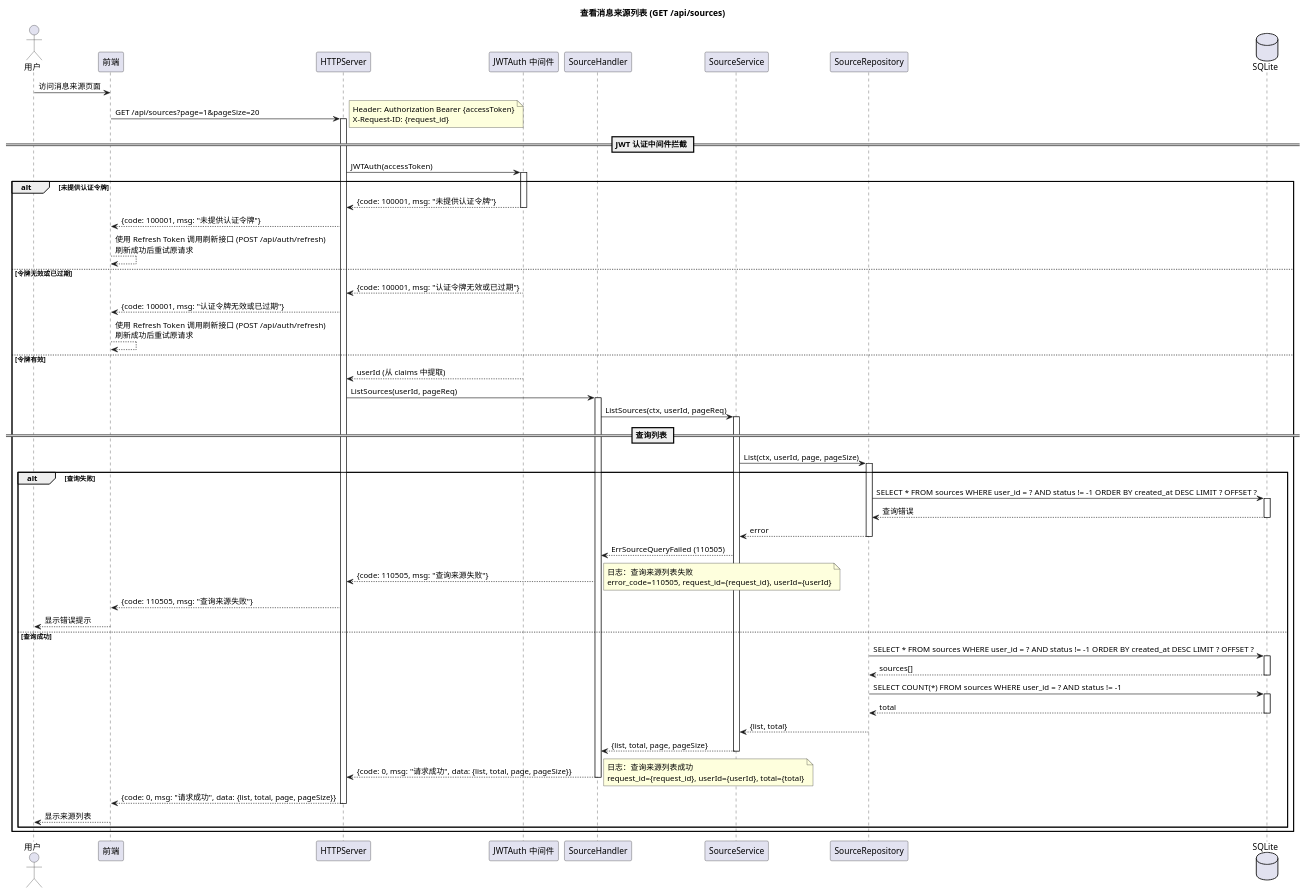
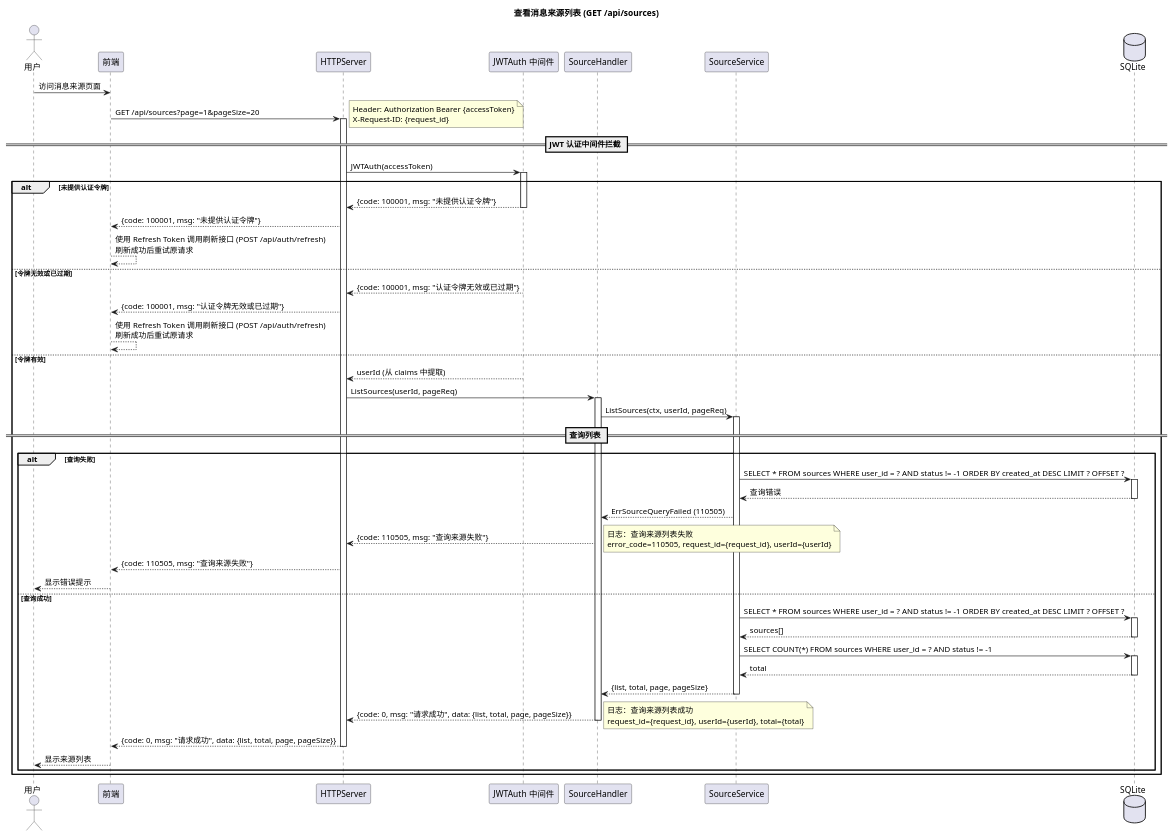
One commit to loommii/OctoTify changed the diagram in docs/uml/02-sequence/02-03-list-sources.puml. Above: the diagram before and after it, drawn with PlantUML. The commit also changed 8 other files, not shown here.

First line of the commit message:
📝 docs(uml): 完善来源管理模块时序图并添加密码二次验证流程

```diff
--- a/docs/uml/02-sequence/02-03-list-sources.puml
+++ b/docs/uml/02-sequence/02-03-list-sources.puml
@@ -1,84 +1,76 @@
 @startuml OctoTify_Sequence_ListSources
 
 skinparam sequenceStyle svg
 skinparam linetype ortho
 
 title 查看消息来源列表 (GET /api/sources)
 
 actor "用户" as User
 participant "前端" as Frontend
 participant "HTTPServer" as Server
 participant "JWTAuth 中间件" as JWT
 participant "SourceHandler" as Handler
 participant "SourceService" as Service
-participant "SourceRepository" as Repo
 database "SQLite" as DB
 
 User -> Frontend: 访问消息来源页面
 Frontend -> Server: GET /api/sources?page=1&pageSize=20
 note right: Header: Authorization Bearer {accessToken}\nX-Request-ID: {request_id}
 activate Server
 
 == JWT 认证中间件拦截 ==
 
 Server -> JWT: JWTAuth(accessToken)
 activate JWT
 
 alt 未提供认证令牌
     JWT --> Server: {code: 100001, msg: "未提供认证令牌"}
     deactivate JWT
     Server --> Frontend: {code: 100001, msg: "未提供认证令牌"}
     Frontend --> Frontend: 使用 Refresh Token 调用刷新接口 (POST /api/auth/refresh)\n刷新成功后重试原请求
 else 令牌无效或已过期
     JWT --> Server: {code: 100001, msg: "认证令牌无效或已过期"}
     deactivate JWT
     Server --> Frontend: {code: 100001, msg: "认证令牌无效或已过期"}
     Frontend --> Frontend: 使用 Refresh Token 调用刷新接口 (POST /api/auth/refresh)\n刷新成功后重试原请求
 else 令牌有效
     JWT --> Server: userId (从 claims 中提取)
     deactivate JWT
     Server -> Handler: ListSources(userId, pageReq)
     activate Handler
     Handler -> Service: ListSources(ctx, userId, pageReq)
     activate Service
 
     == 查询列表 ==
 
-    Service -> Repo: List(ctx, userId, page, pageSize)
-    activate Repo
-
     alt 查询失败
-        Repo -> DB: SELECT * FROM sources WHERE user_id = ? AND status != -1 ORDER BY created_at DESC LIMIT ? OFFSET ?
+        Service -> DB: SELECT * FROM sources WHERE user_id = ? AND status != -1 ORDER BY created_at DESC LIMIT ? OFFSET ?
         activate DB
-        DB --> Repo: 查询错误
+        DB --> Service: 查询错误
         deactivate DB
-        Repo --> Service: error
-        deactivate Repo
         Service --> Handler: ErrSourceQueryFailed (110505)
         Handler --> Server: {code: 110505, msg: "查询来源失败"}
         note right: 日志：查询来源列表失败\nerror_code=110505, request_id={request_id}, userId={userId}
         Server --> Frontend: {code: 110505, msg: "查询来源失败"}
         Frontend --> User: 显示错误提示
     else 查询成功
-        Repo -> DB: SELECT * FROM sources WHERE user_id = ? AND status != -1 ORDER BY created_at DESC LIMIT ? OFFSET ?
+        Service -> DB: SELECT * FROM sources WHERE user_id = ? AND status != -1 ORDER BY created_at DESC LIMIT ? OFFSET ?
         activate DB
-        DB --> Repo: sources[]
+        DB --> Service: sources[]
         deactivate DB
-        Repo -> DB: SELECT COUNT(*) FROM sources WHERE user_id = ? AND status != -1
+        Service -> DB: SELECT COUNT(*) FROM sources WHERE user_id = ? AND status != -1
         activate DB
-        DB --> Repo: total
+        DB --> Service: total
         deactivate DB
-        Repo --> Service: {list, total}
-        deactivate Repo
         Service --> Handler: {list, total, page, pageSize}
         deactivate Service
         Handler --> Server: {code: 0, msg: "请求成功", data: {list, total, page, pageSize}}
         note right: 日志：查询来源列表成功\nrequest_id={request_id}, userId={userId}, total={total}
         deactivate Handler
         Server --> Frontend: {code: 0, msg: "请求成功", data: {list, total, page, pageSize}}
         deactivate Server
         Frontend --> User: 显示来源列表
     end
 end
 
 @enduml
```
